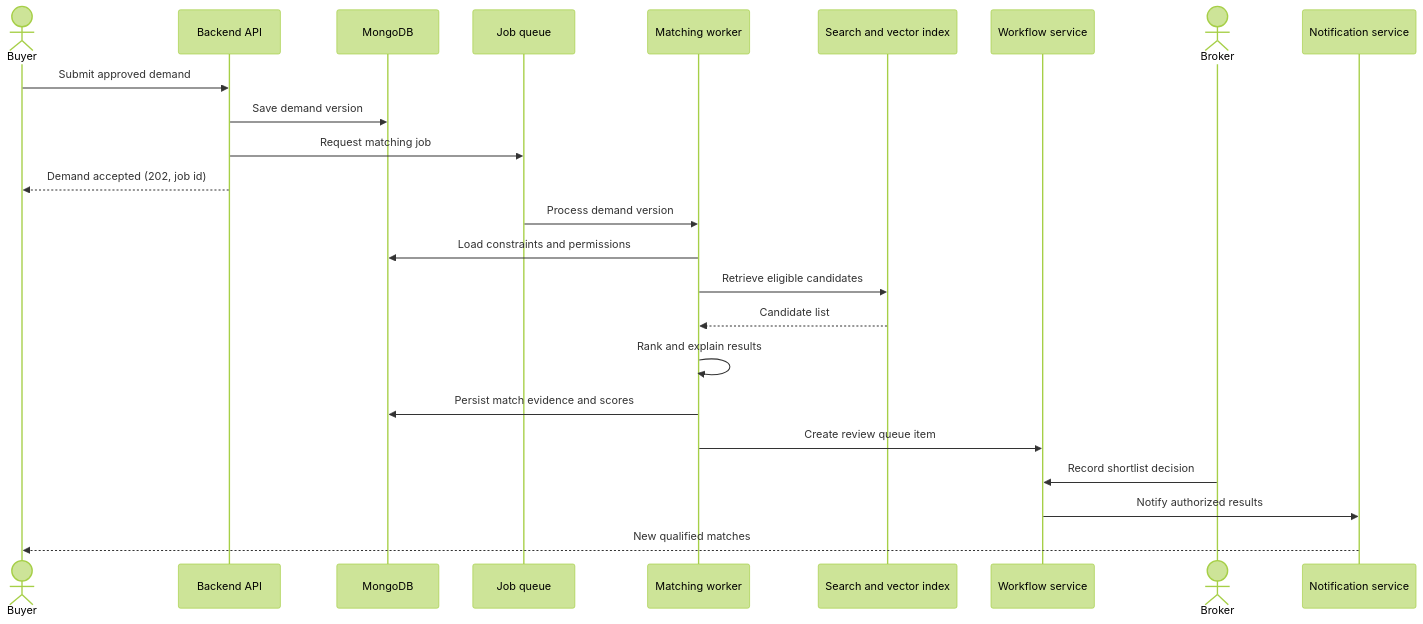
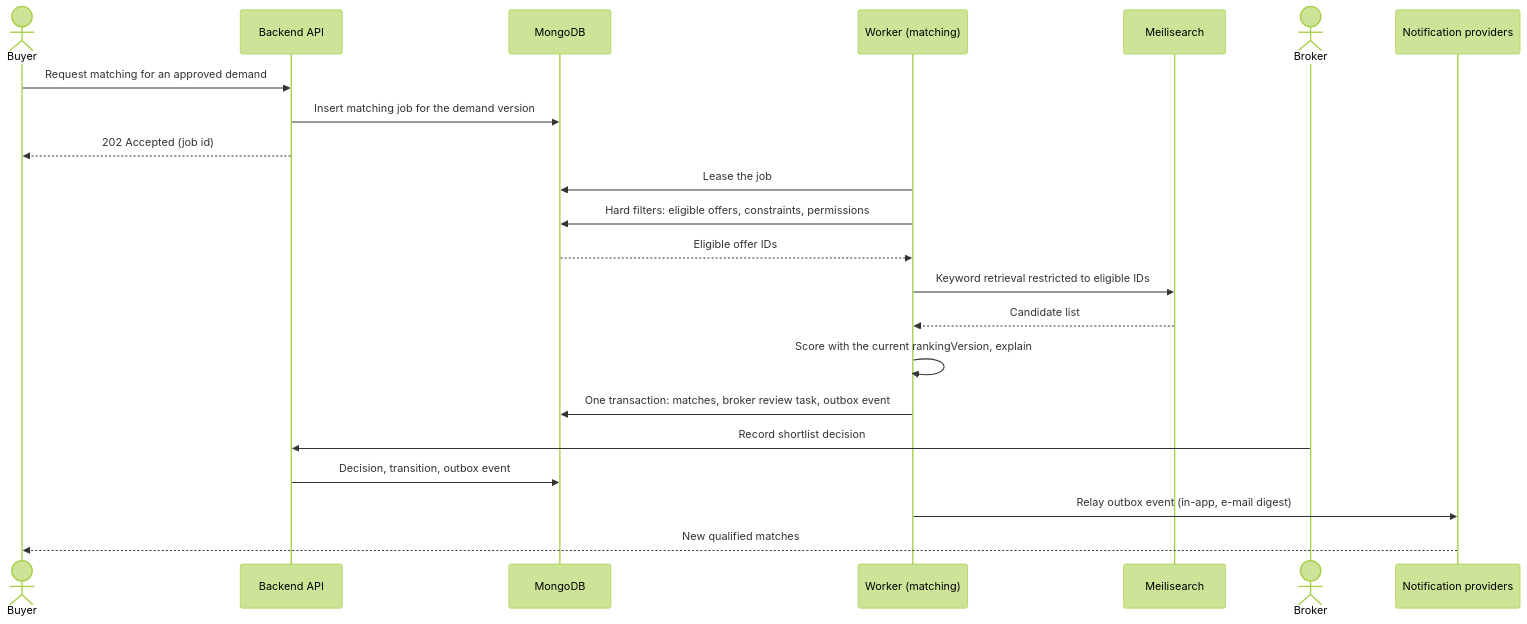
Before and after one commit to greensoft-atom/tex-platform: diagram 14 of 21 in 05-system-design-blueprint.md, drawn with Mermaid (forest theme). The commit also changed other lines of this file and 615 other files, not shown here.

````diff
--- a/05-system-design-blueprint.md
+++ b/05-system-design-blueprint.md
@@ -765,26 +859,24 @@
 ```mermaid
 sequenceDiagram
     actor Buyer
     participant API as Backend API
     participant DB as MongoDB
-    participant Q as Job queue
-    participant MW as Matching worker
-    participant SE as Search and vector index
-    participant WF as Workflow service
+    participant MW as Worker (matching)
+    participant SE as Meilisearch
     actor Broker
-    participant NT as Notification service
-    Buyer->>API: Submit approved demand
-    API->>DB: Save demand version
-    API->>Q: Request matching job
-    API-->>Buyer: Demand accepted (202, job id)
-    Q->>MW: Process demand version
-    MW->>DB: Load constraints and permissions
-    MW->>SE: Retrieve eligible candidates
+    participant NT as Notification providers
+    Buyer->>API: Request matching for an approved demand
+    API->>DB: Insert matching job for the demand version
+    API-->>Buyer: 202 Accepted (job id)
+    MW->>DB: Lease the job
+    MW->>DB: Hard filters: eligible offers, constraints, permissions
+    DB-->>MW: Eligible offer IDs
+    MW->>SE: Keyword retrieval restricted to eligible IDs
     SE-->>MW: Candidate list
-    MW->>MW: Rank and explain results
-    MW->>DB: Persist match evidence and scores
-    MW->>WF: Create review queue item
-    Broker->>WF: Record shortlist decision
-    WF->>NT: Notify authorized results
+    MW->>MW: Score with the current rankingVersion, explain
+    MW->>DB: One transaction: matches, broker review task, outbox event
+    Broker->>API: Record shortlist decision
+    API->>DB: Decision, transition, outbox event
+    MW->>NT: Relay outbox event (in-app, e-mail digest)
     NT-->>Buyer: New qualified matches
 ```
````
